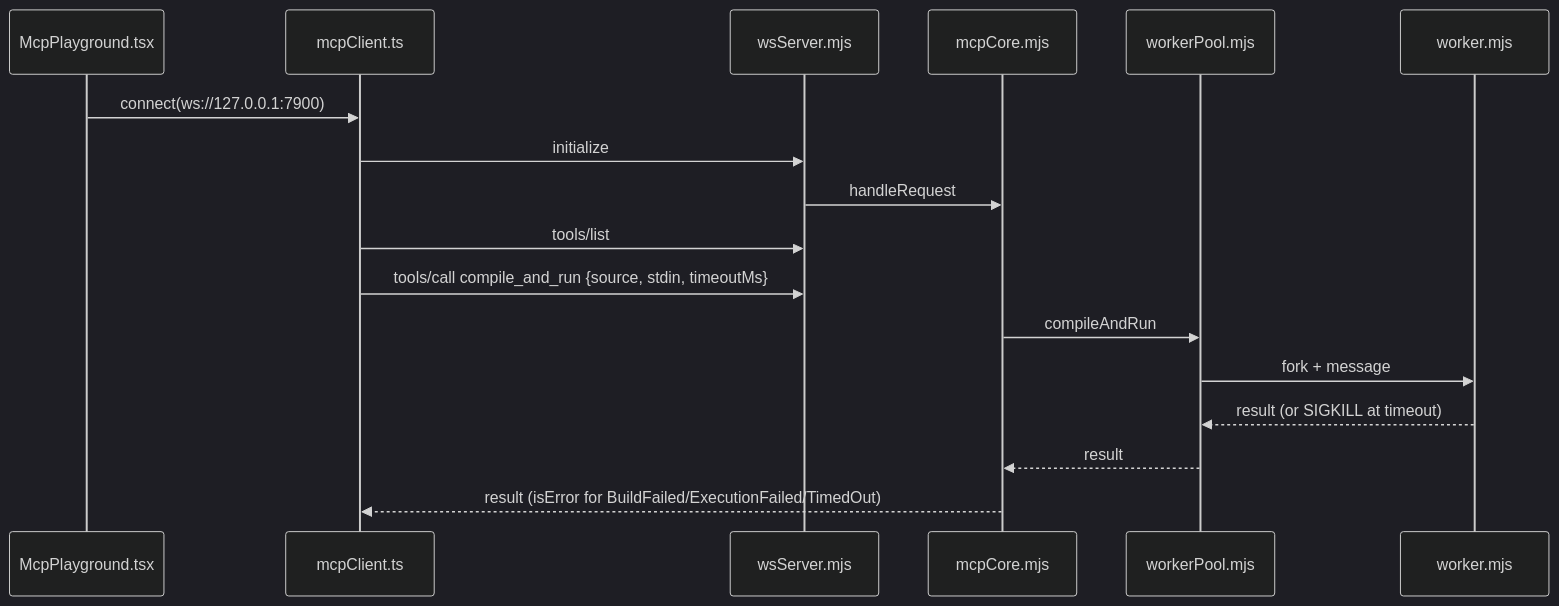
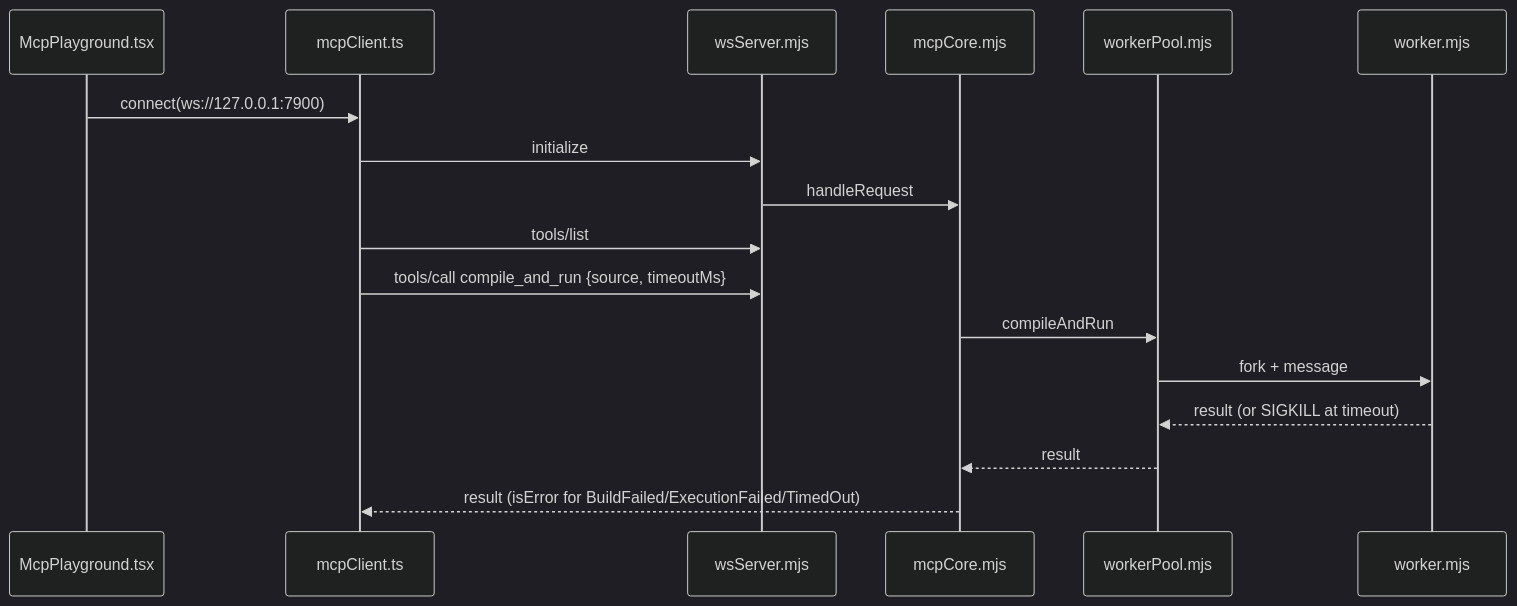
The second of 2 diagrams in docs/context/runtime-flows.md (hunk7/codedotnet), drawn with Mermaid (dark theme) before and after one commit. The commit also changed other lines of this file and 79 other files, not shown here.

````diff
--- a/docs/context/runtime-flows.md
+++ b/docs/context/runtime-flows.md
@@ -45,19 +45,19 @@
 ```mermaid
 sequenceDiagram
   participant UI as McpPlayground.tsx
   participant C as mcpClient.ts
   participant S as wsServer.mjs
   participant K as mcpCore.mjs
   participant P as workerPool.mjs
   participant X as worker.mjs
   UI->>C: connect(ws://127.0.0.1:7900)
   C->>S: initialize
   S->>K: handleRequest
   C->>S: tools/list
-  C->>S: tools/call compile_and_run {source, stdin, timeoutMs}
+  C->>S: tools/call compile_and_run {source, timeoutMs}
   K->>P: compileAndRun
   P->>X: fork + message
   X-->>P: result (or SIGKILL at timeout)
   P-->>K: result
   K-->>C: result (isError for BuildFailed/ExecutionFailed/TimedOut)
 ```
````
